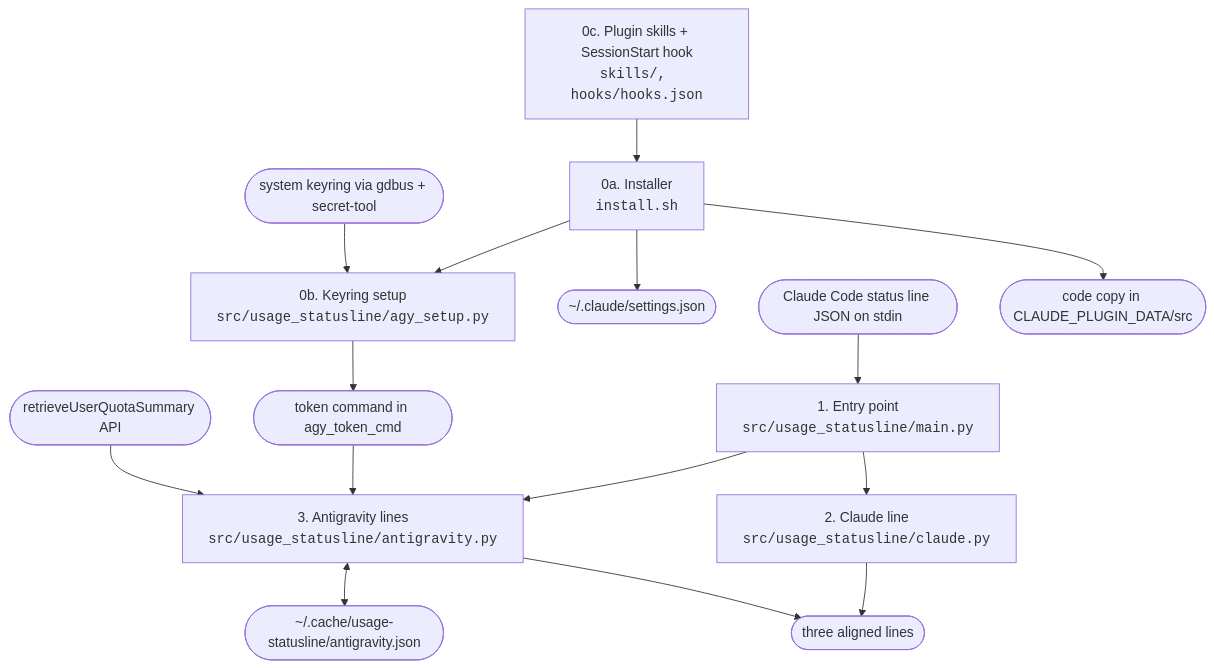
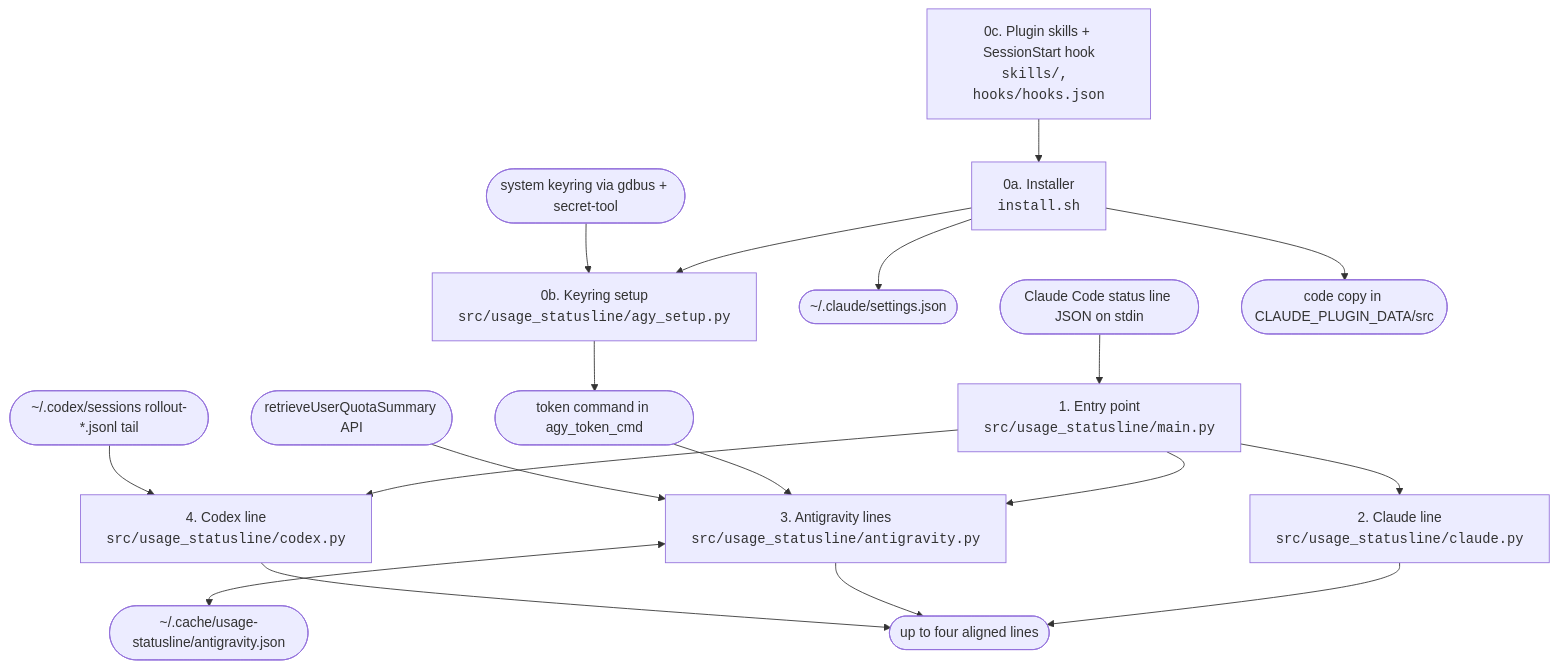
One commit to mlemes/quotaline changed the first of 2 diagrams in docs/ARCHITECTURE.md. Above: the diagram before and after it, drawn with Mermaid. The commit also changed other lines of this file and 11 other files, not shown here.

First line of the commit message:
usage-statusline: add a Codex line read from local Codex session transcripts

````diff
--- a/docs/ARCHITECTURE.md
+++ b/docs/ARCHITECTURE.md
@@ -16,17 +17,20 @@
 ```mermaid
 flowchart TB
     cc([Claude Code status line JSON on stdin]) --> main["1. Entry point<br/><code>src/usage_statusline/main.py</code>"]
     main --> claude["2. Claude line<br/><code>src/usage_statusline/claude.py</code>"]
     main --> ag["3. Antigravity lines<br/><code>src/usage_statusline/antigravity.py</code>"]
     tok([token command in agy_token_cmd]) --> ag
     api([retrieveUserQuotaSummary API]) --> ag
     ag <--> cache([~/.cache/usage-statusline/antigravity.json])
-    claude --> out([three aligned lines])
+    claude --> out([up to four aligned lines])
     ag --> out
+    main --> codex["4. Codex line<br/><code>src/usage_statusline/codex.py</code>"]
+    rollout([~/.codex/sessions rollout-*.jsonl tail]) --> codex
+    codex --> out
     inst["0a. Installer<br/><code>install.sh</code>"] --> settings([~/.claude/settings.json])
     inst --> setup["0b. Keyring setup<br/><code>src/usage_statusline/agy_setup.py</code>"]
     keyring([system keyring via gdbus + secret-tool]) --> setup
     setup --> tok
     skill["0c. Plugin skills + SessionStart hook<br/><code>skills/, hooks/hooks.json</code>"] --> inst
     inst --> data([code copy in CLAUDE_PLUGIN_DATA/src])
 ```
````
